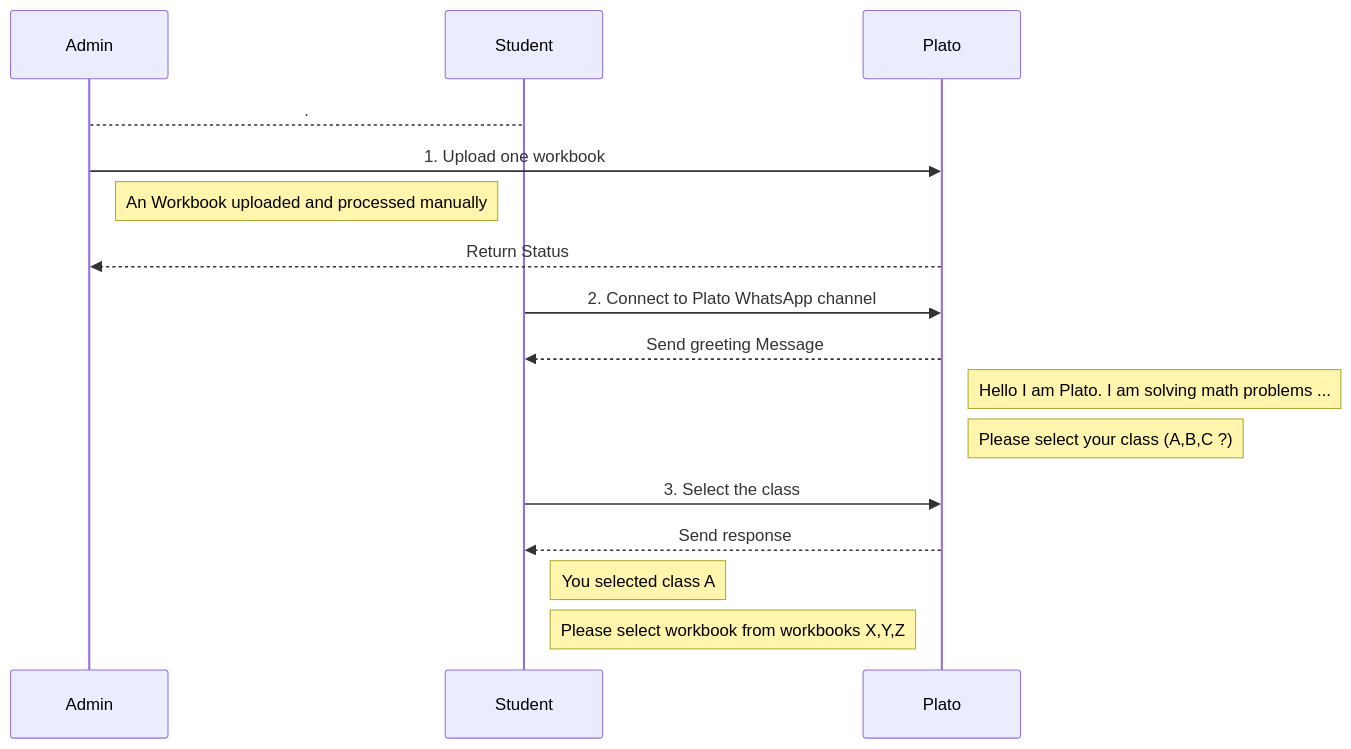
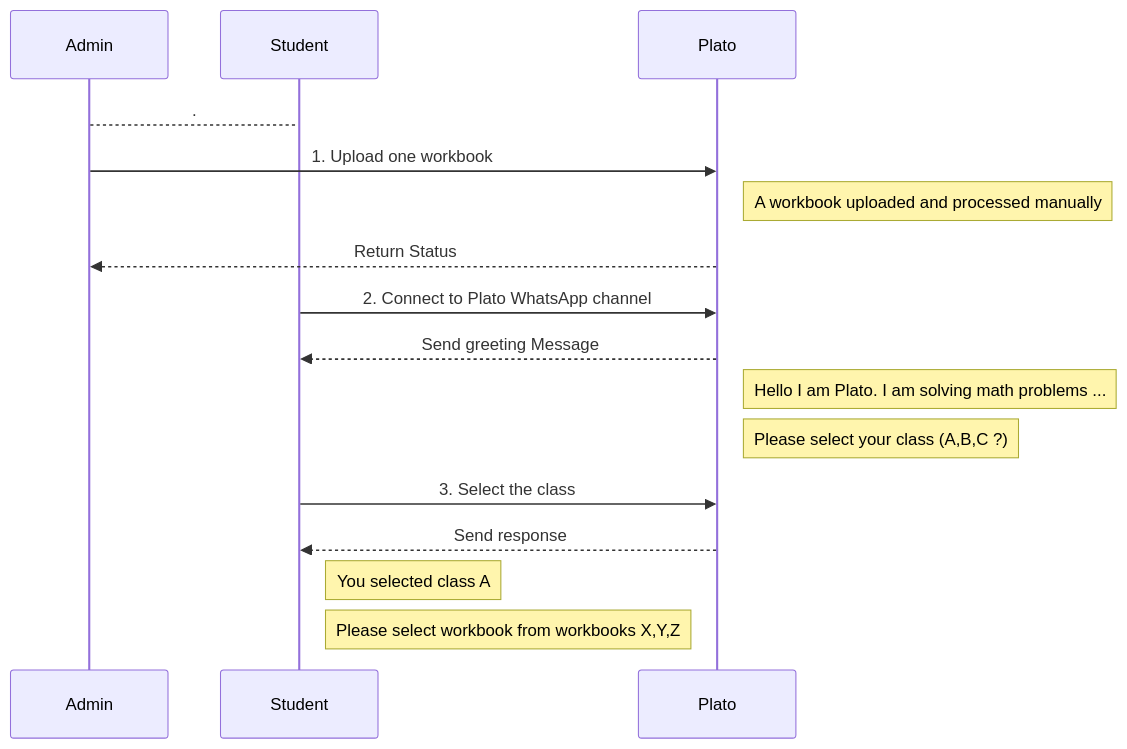
The third of 3 diagrams in docs/design.md (dimastatz/plato), drawn with Mermaid before and after one commit.

````diff
--- a/docs/design.md
+++ b/docs/design.md
@@ -95,19 +95,19 @@
 ```mermaid
 sequenceDiagram
 Admin-->Student: .
 
 Admin->>Plato: 1. Upload one workbook
-Note right of Admin: An Workbook uploaded and processed manually
+Note right of Plato: A workbook uploaded and processed manually
 Plato-->>Admin: Return Status
 
 Student->>Plato: 2. Connect to Plato WhatsApp channel
 Plato-->>Student: Send greeting Message 
 Note right of Plato: Hello I am Plato. I am solving math problems ...
 Note right of Plato: Please select your class (A,B,C ?)
 
 Student->>Plato: 3. Select the class
 Plato-->>Student: Send response 
 Note right of Student: You selected class A
 Note right of Student: Please select workbook from workbooks X,Y,Z
 
 ```
````
